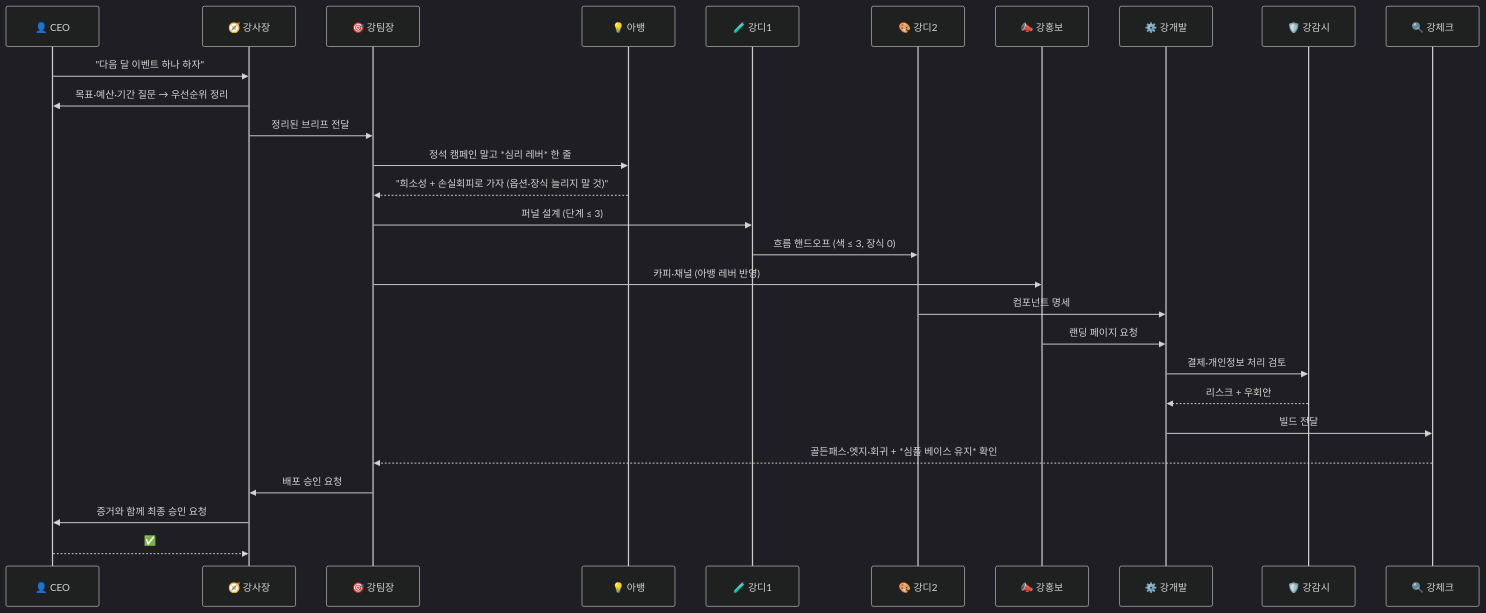
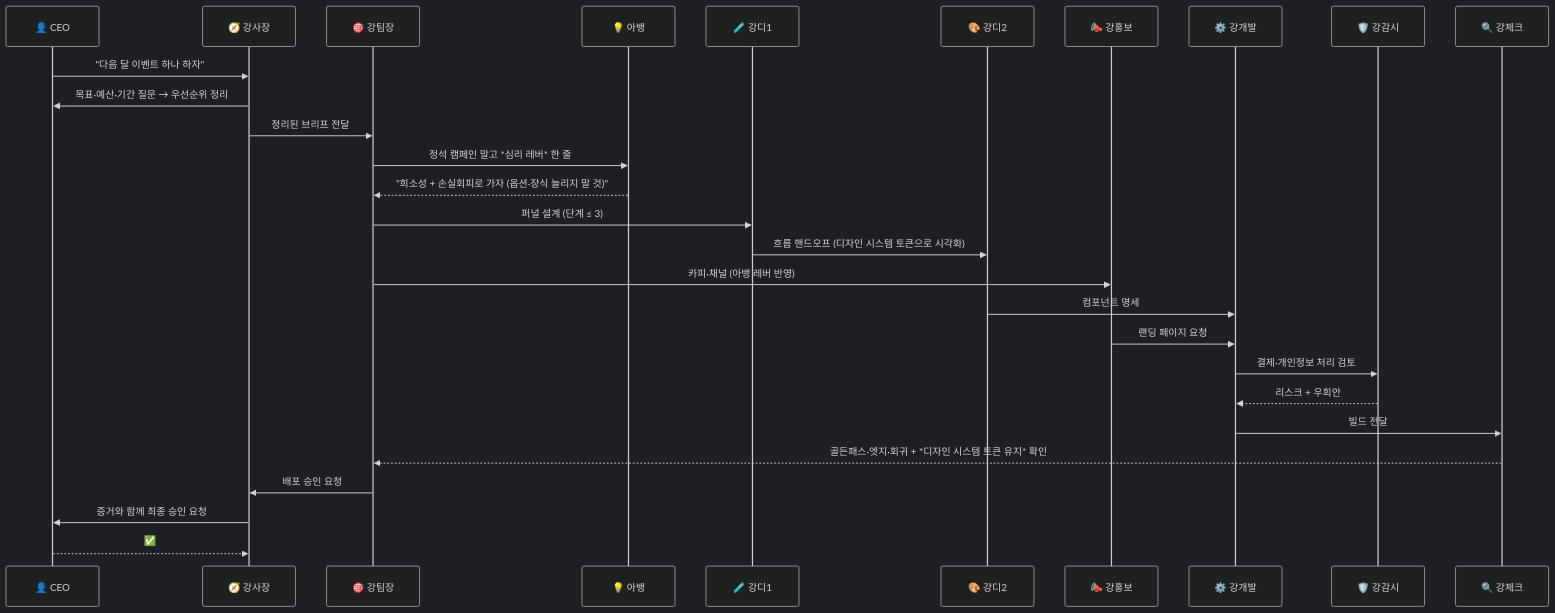
Before and after one commit to 1215kkm/Ai_Team: the second of 2 diagrams in docs/role-architecture.md, drawn with Mermaid (dark theme). The commit also changed other lines of this file and 9 other files, not shown here.

````diff
--- a/docs/role-architecture.md
+++ b/docs/role-architecture.md
@@ -171,31 +171,31 @@
 ```mermaid
 sequenceDiagram
     participant U as 👤 CEO
     participant S as 🧭 강사장
     participant P as 🎯 강팀장
     participant B as 💡 아뱅
     participant D1 as 🧪 강디1
     participant D2 as 🎨 강디2
     participant H as 📣 강홍보
     participant DV as ⚙️ 강개발
     participant SC as 🛡️ 강감시
     participant Q as 🔍 강체크
 
     U->>S: "다음 달 이벤트 하나 하자"
     S->>U: 목표·예산·기간 질문 → 우선순위 정리
     S->>P: 정리된 브리프 전달
     P->>B: 정석 캠페인 말고 *심리 레버* 한 줄
     B-->>P: "희소성 + 손실회피로 가자 (옵션·장식 늘리지 말 것)"
     P->>D1: 퍼널 설계 (단계 ≤ 3)
-    D1->>D2: 흐름 핸드오프 (색 ≤ 3, 장식 0)
+    D1->>D2: 흐름 핸드오프 (디자인 시스템 토큰으로 시각화)
     P->>H: 카피·채널 (아뱅 레버 반영)
     D2->>DV: 컴포넌트 명세
     H->>DV: 랜딩 페이지 요청
     DV->>SC: 결제·개인정보 처리 검토
     SC-->>DV: 리스크 + 우회안
     DV->>Q: 빌드 전달
-    Q-->>P: 골든패스·엣지·회귀 + *심플 베이스 유지* 확인
+    Q-->>P: 골든패스·엣지·회귀 + *디자인 시스템 토큰 유지* 확인
     P->>S: 배포 승인 요청
     S->>U: 증거와 함께 최종 승인 요청
     U-->>S: ✅
 ```
````
